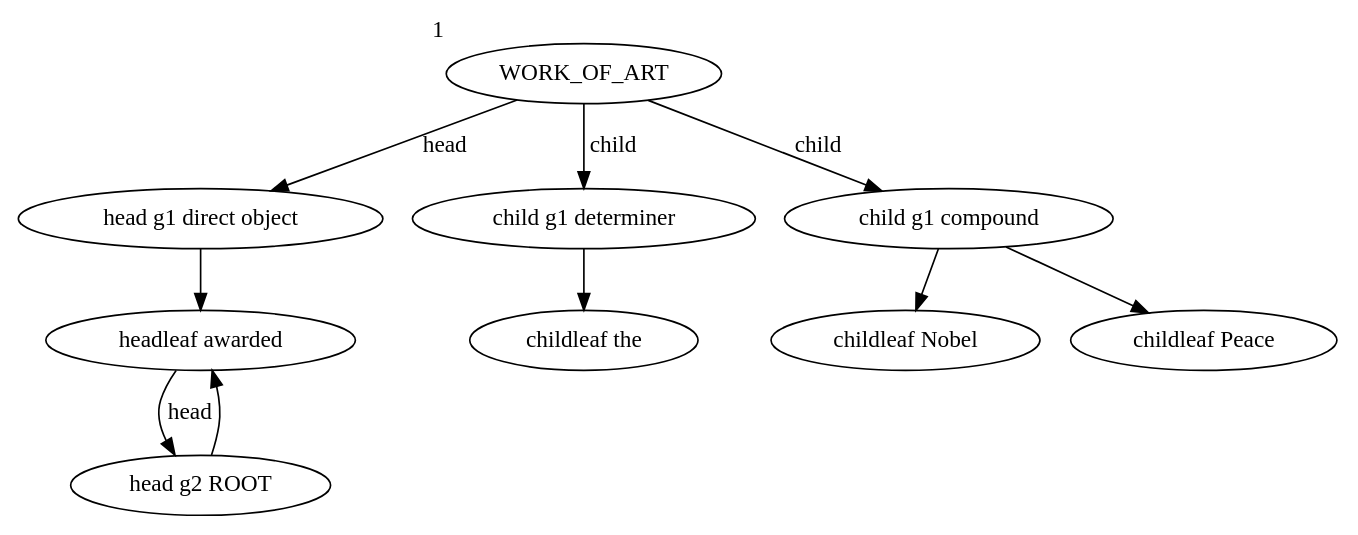
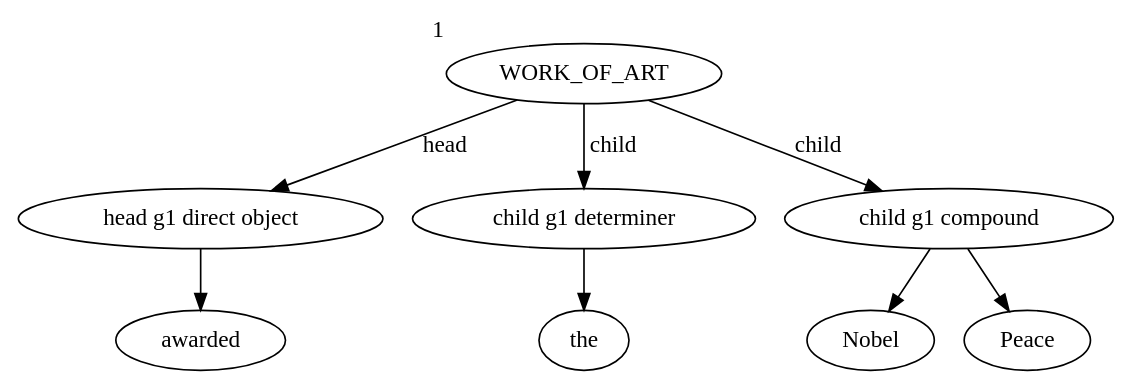
Before and after one commit to danrasband/w266-final-project: the diagram in ontonotes_graphing/NER_Type_Graphs/G_WORK_OF_ART.dot, drawn with Graphviz. The commit also changed 75 other files, not shown here.

```diff
--- a/ontonotes_graphing/NER_Type_Graphs/G_WORK_OF_ART.dot
+++ b/ontonotes_graphing/NER_Type_Graphs/G_WORK_OF_ART.dot
@@ -1,20 +1,17 @@
 strict digraph  {
 WORK_OF_ART [weight=1, xlabel=1];
 "head g1 direct object" [weight=1, lp="-1.3862943611198906"];
-"headleaf awarded" [weight=2, lp="0.0"];
+awarded [weight=1, lp="0.0"];
 "child g1 determiner" [weight=1, lp="-1.3862943611198906"];
-"childleaf the" [weight=1, lp="0.0"];
+the [weight=1, lp="0.0"];
 "child g1 compound" [weight=2, lp="-0.6931471805599453"];
-"childleaf Nobel" [weight=1, lp="-0.6931471805599453"];
-"childleaf Peace" [weight=1, lp="-0.6931471805599453"];
-"head g2 ROOT" [weight=1, lp="0.0"];
+Nobel [weight=1, lp="-0.6931471805599453"];
+Peace [weight=1, lp="-0.6931471805599453"];
 WORK_OF_ART -> "head g1 direct object"  [label=head];
 WORK_OF_ART -> "child g1 determiner"  [label=child];
 WORK_OF_ART -> "child g1 compound"  [label=child];
-"head g1 direct object" -> "headleaf awarded";
-"headleaf awarded" -> "head g2 ROOT"  [label=head];
-"child g1 determiner" -> "childleaf the";
-"child g1 compound" -> "childleaf Nobel";
-"child g1 compound" -> "childleaf Peace";
-"head g2 ROOT" -> "headleaf awarded";
+"head g1 direct object" -> awarded;
+"child g1 determiner" -> the;
+"child g1 compound" -> Nobel;
+"child g1 compound" -> Peace;
 }
```
